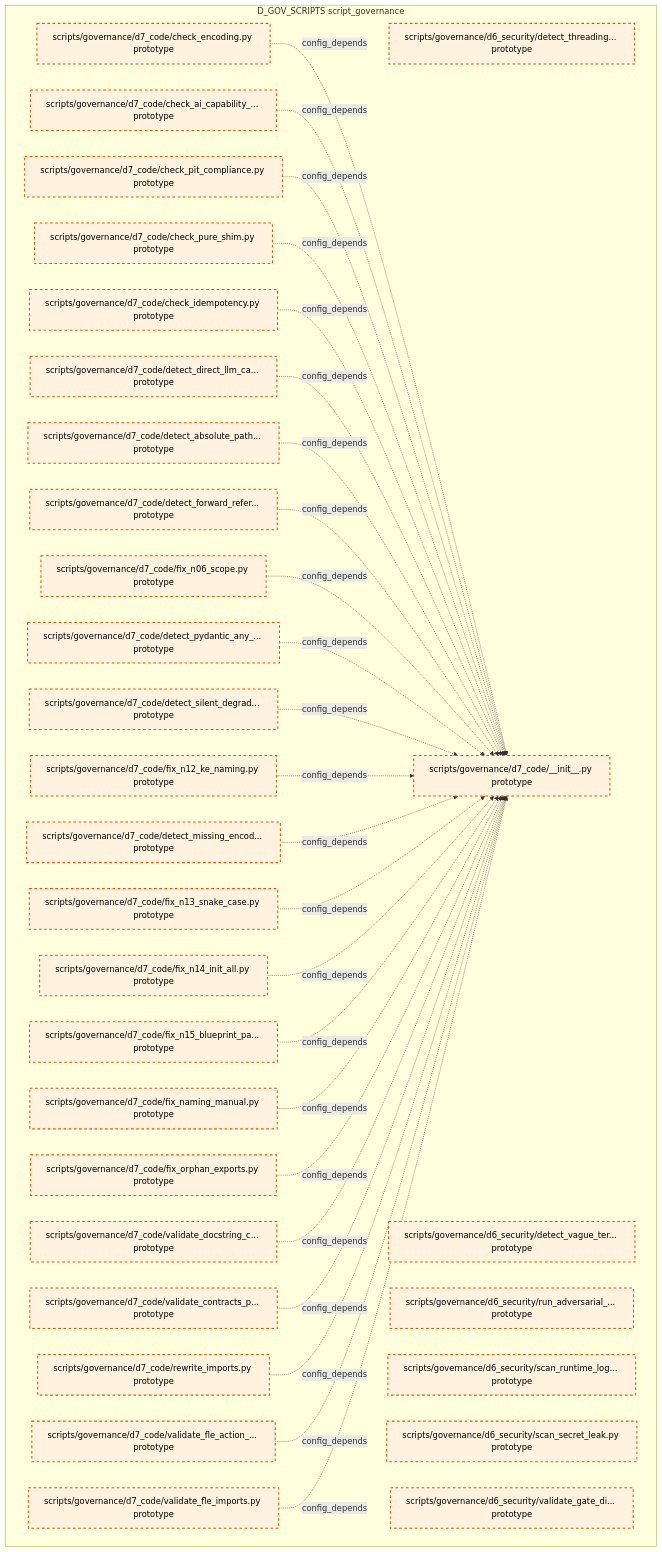
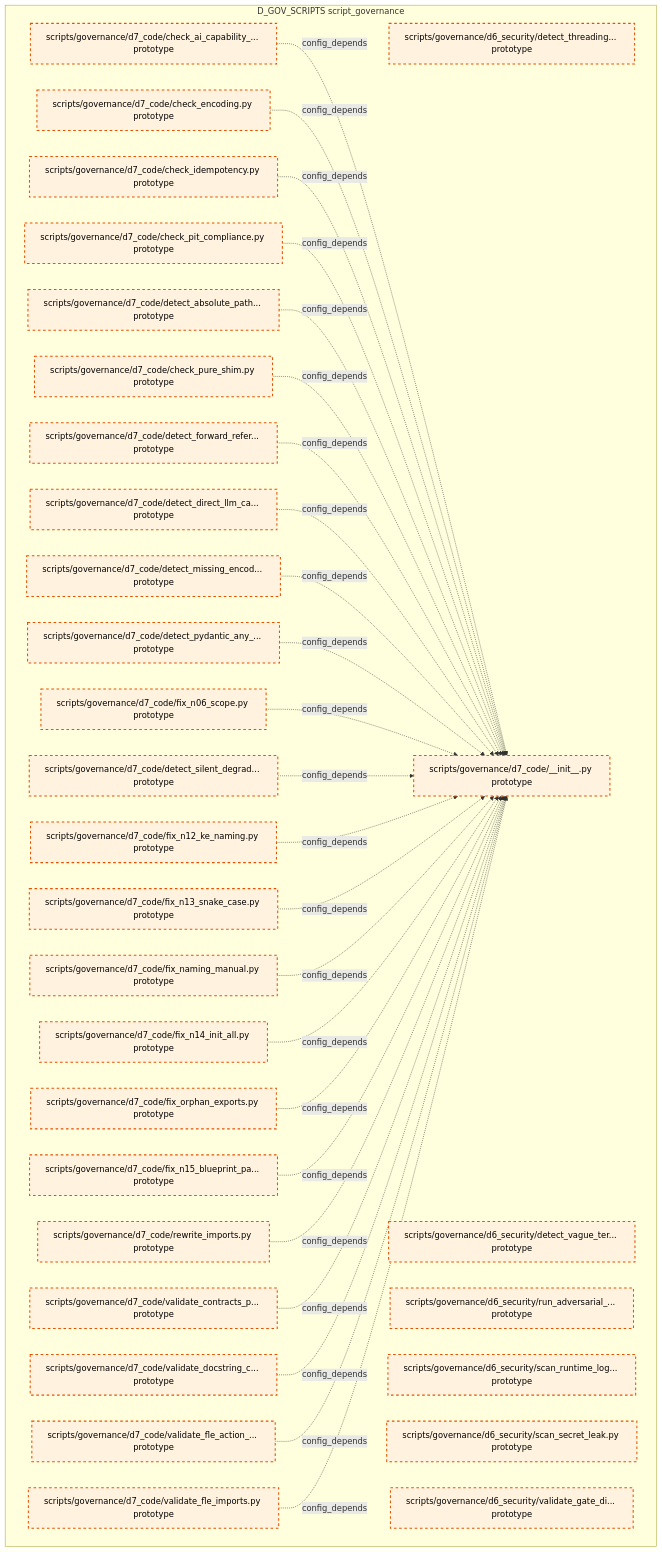
The tenth of 15 diagrams in docs/02_enterprise_architecture/02_domain_architecture_docs/36_d_gov_scripts.md (xuanFelixVan/ZephyrAlpha), drawn with Mermaid before and after one commit. The commit also changed other lines of this file and 99 other files, not shown here.

````diff
--- a/docs/02_enterprise_architecture/02_domain_architecture_docs/36_d_gov_scripts.md
+++ b/docs/02_enterprise_architecture/02_domain_architecture_docs/36_d_gov_scripts.md
@@ -689,63 +688,63 @@
 ```mermaid
 graph TD
     subgraph D_GOV_SCRIPTS["D_GOV_SCRIPTS script_governance"]
         scripts_governance_d6_security_detect_threading_lock_py["scripts/governance/d6_security/detect_threading... prototype"]
         scripts_governance_d6_security_detect_vague_terms_py["scripts/governance/d6_security/detect_vague_ter... prototype"]
         scripts_governance_d6_security_run_adversarial_checks_py["scripts/governance/d6_security/run_adversarial_... prototype"]
         scripts_governance_d6_security_scan_runtime_log_secrets_py["scripts/governance/d6_security/scan_runtime_log... prototype"]
         scripts_governance_d6_security_scan_secret_leak_py["scripts/governance/d6_security/scan_secret_leak.py prototype"]
         scripts_governance_d6_security_validate_gate_discipline_py["scripts/governance/d6_security/validate_gate_di... prototype"]
         scripts_governance_d7_code_init_py["scripts/governance/d7_code/__init__.py prototype"]
         scripts_governance_d7_code_check_ai_capability_boundary_py["scripts/governance/d7_code/check_ai_capability_... prototype"]
         scripts_governance_d7_code_check_encoding_py["scripts/governance/d7_code/check_encoding.py prototype"]
         scripts_governance_d7_code_check_idempotency_py["scripts/governance/d7_code/check_idempotency.py prototype"]
         scripts_governance_d7_code_check_pit_compliance_py["scripts/governance/d7_code/check_pit_compliance.py prototype"]
         scripts_governance_d7_code_check_pure_shim_py["scripts/governance/d7_code/check_pure_shim.py prototype"]
         scripts_governance_d7_code_detect_absolute_path_hardcoding_py["scripts/governance/d7_code/detect_absolute_path... prototype"]
         scripts_governance_d7_code_detect_direct_llm_calls_py["scripts/governance/d7_code/detect_direct_llm_ca... prototype"]
         scripts_governance_d7_code_detect_forward_reference_py["scripts/governance/d7_code/detect_forward_refer... prototype"]
         scripts_governance_d7_code_detect_missing_encoding_py["scripts/governance/d7_code/detect_missing_encod... prototype"]
         scripts_governance_d7_code_detect_pydantic_any_fields_py["scripts/governance/d7_code/detect_pydantic_any_... prototype"]
         scripts_governance_d7_code_detect_silent_degradation_py["scripts/governance/d7_code/detect_silent_degrad... prototype"]
         scripts_governance_d7_code_fix_n06_scope_py["scripts/governance/d7_code/fix_n06_scope.py prototype"]
         scripts_governance_d7_code_fix_n12_ke_naming_py["scripts/governance/d7_code/fix_n12_ke_naming.py prototype"]
         scripts_governance_d7_code_fix_n13_snake_case_py["scripts/governance/d7_code/fix_n13_snake_case.py prototype"]
         scripts_governance_d7_code_fix_n14_init_all_py["scripts/governance/d7_code/fix_n14_init_all.py prototype"]
         scripts_governance_d7_code_fix_n15_blueprint_path_py["scripts/governance/d7_code/fix_n15_blueprint_pa... prototype"]
         scripts_governance_d7_code_fix_naming_manual_py["scripts/governance/d7_code/fix_naming_manual.py prototype"]
         scripts_governance_d7_code_fix_orphan_exports_py["scripts/governance/d7_code/fix_orphan_exports.py prototype"]
         scripts_governance_d7_code_rewrite_imports_py["scripts/governance/d7_code/rewrite_imports.py prototype"]
         scripts_governance_d7_code_validate_contracts_purity_py["scripts/governance/d7_code/validate_contracts_p... prototype"]
         scripts_governance_d7_code_validate_docstring_coverage_py["scripts/governance/d7_code/validate_docstring_c... prototype"]
         scripts_governance_d7_code_validate_fle_action_metadata_py["scripts/governance/d7_code/validate_fle_action_... prototype"]
         scripts_governance_d7_code_validate_fle_imports_py["scripts/governance/d7_code/validate_fle_imports.py prototype"]
     end
+    scripts_governance_d7_code_check_ai_capability_boundary_py -.->|config_depends| scripts_governance_d7_code_init_py
     scripts_governance_d7_code_check_encoding_py -.->|config_depends| scripts_governance_d7_code_init_py
-    scripts_governance_d7_code_check_ai_capability_boundary_py -.->|config_depends| scripts_governance_d7_code_init_py
+    scripts_governance_d7_code_check_idempotency_py -.->|config_depends| scripts_governance_d7_code_init_py
     scripts_governance_d7_code_check_pit_compliance_py -.->|config_depends| scripts_governance_d7_code_init_py
+    scripts_governance_d7_code_detect_absolute_path_hardcoding_py -.->|config_depends| scripts_governance_d7_code_init_py
     scripts_governance_d7_code_check_pure_shim_py -.->|config_depends| scripts_governance_d7_code_init_py
-    scripts_governance_d7_code_check_idempotency_py -.->|config_depends| scripts_governance_d7_code_init_py
+    scripts_governance_d7_code_detect_forward_reference_py -.->|config_depends| scripts_governance_d7_code_init_py
     scripts_governance_d7_code_detect_direct_llm_calls_py -.->|config_depends| scripts_governance_d7_code_init_py
-    scripts_governance_d7_code_detect_absolute_path_hardcoding_py -.->|config_depends| scripts_governance_d7_code_init_py
-    scripts_governance_d7_code_detect_forward_reference_py -.->|config_depends| scripts_governance_d7_code_init_py
+    scripts_governance_d7_code_detect_missing_encoding_py -.->|config_depends| scripts_governance_d7_code_init_py
+    scripts_governance_d7_code_detect_pydantic_any_fields_py -.->|config_depends| scripts_governance_d7_code_init_py
     scripts_governance_d7_code_fix_n06_scope_py -.->|config_depends| scripts_governance_d7_code_init_py
-    scripts_governance_d7_code_detect_pydantic_any_fields_py -.->|config_depends| scripts_governance_d7_code_init_py
     scripts_governance_d7_code_detect_silent_degradation_py -.->|config_depends| scripts_governance_d7_code_init_py
     scripts_governance_d7_code_fix_n12_ke_naming_py -.->|config_depends| scripts_governance_d7_code_init_py
-    scripts_governance_d7_code_detect_missing_encoding_py -.->|config_depends| scripts_governance_d7_code_init_py
     scripts_governance_d7_code_fix_n13_snake_case_py -.->|config_depends| scripts_governance_d7_code_init_py
+    scripts_governance_d7_code_fix_naming_manual_py -.->|config_depends| scripts_governance_d7_code_init_py
     scripts_governance_d7_code_fix_n14_init_all_py -.->|config_depends| scripts_governance_d7_code_init_py
+    scripts_governance_d7_code_fix_orphan_exports_py -.->|config_depends| scripts_governance_d7_code_init_py
     scripts_governance_d7_code_fix_n15_blueprint_path_py -.->|config_depends| scripts_governance_d7_code_init_py
-    scripts_governance_d7_code_fix_naming_manual_py -.->|config_depends| scripts_governance_d7_code_init_py
-    scripts_governance_d7_code_fix_orphan_exports_py -.->|config_depends| scripts_governance_d7_code_init_py
+    scripts_governance_d7_code_rewrite_imports_py -.->|config_depends| scripts_governance_d7_code_init_py
+    scripts_governance_d7_code_validate_contracts_purity_py -.->|config_depends| scripts_governance_d7_code_init_py
     scripts_governance_d7_code_validate_docstring_coverage_py -.->|config_depends| scripts_governance_d7_code_init_py
-    scripts_governance_d7_code_validate_contracts_purity_py -.->|config_depends| scripts_governance_d7_code_init_py
-    scripts_governance_d7_code_rewrite_imports_py -.->|config_depends| scripts_governance_d7_code_init_py
     scripts_governance_d7_code_validate_fle_action_metadata_py -.->|config_depends| scripts_governance_d7_code_init_py
     scripts_governance_d7_code_validate_fle_imports_py -.->|config_depends| scripts_governance_d7_code_init_py
     classDef production fill:#e1f5fe,stroke:#01579b,stroke-width:2px,color:#000
     classDef design fill:#fff3e0,stroke:#e65100,stroke-width:2px,color:#000,stroke-dasharray: 5 5
     classDef external_prod fill:#e8f5e9,stroke:#1b5e20,stroke-width:1px,color:#000
     classDef external_design fill:#fce4ec,stroke:#880e4f,stroke-width:1px,color:#000,stroke-dasharray: 5 5
     class scripts_governance_d6_security_detect_threading_lock_py,scripts_governance_d6_security_detect_vague_terms_py,scripts_governance_d6_security_run_adversarial_checks_py,scripts_governance_d6_security_scan_runtime_log_secrets_py,scripts_governance_d6_security_scan_secret_leak_py,scripts_governance_d6_security_validate_gate_discipline_py,scripts_governance_d7_code_init_py,scripts_governance_d7_code_check_ai_capability_boundary_py,scripts_governance_d7_code_check_encoding_py,scripts_governance_d7_code_check_idempotency_py,scripts_governance_d7_code_check_pit_compliance_py,scripts_governance_d7_code_check_pure_shim_py,scripts_governance_d7_code_detect_absolute_path_hardcoding_py,scripts_governance_d7_code_detect_direct_llm_calls_py,scripts_governance_d7_code_detect_forward_reference_py,scripts_governance_d7_code_detect_missing_encoding_py,scripts_governance_d7_code_detect_pydantic_any_fields_py,scripts_governance_d7_code_detect_silent_degradation_py,scripts_governance_d7_code_fix_n06_scope_py,scripts_governance_d7_code_fix_n12_ke_naming_py,scripts_governance_d7_code_fix_n13_snake_case_py,scripts_governance_d7_code_fix_n14_init_all_py,scripts_governance_d7_code_fix_n15_blueprint_path_py,scripts_governance_d7_code_fix_naming_manual_py,scripts_governance_d7_code_fix_orphan_exports_py,scripts_governance_d7_code_rewrite_imports_py,scripts_governance_d7_code_validate_contracts_purity_py,scripts_governance_d7_code_validate_docstring_coverage_py,scripts_governance_d7_code_validate_fle_action_metadata_py,scripts_governance_d7_code_validate_fle_imports_py design
 ```
````
